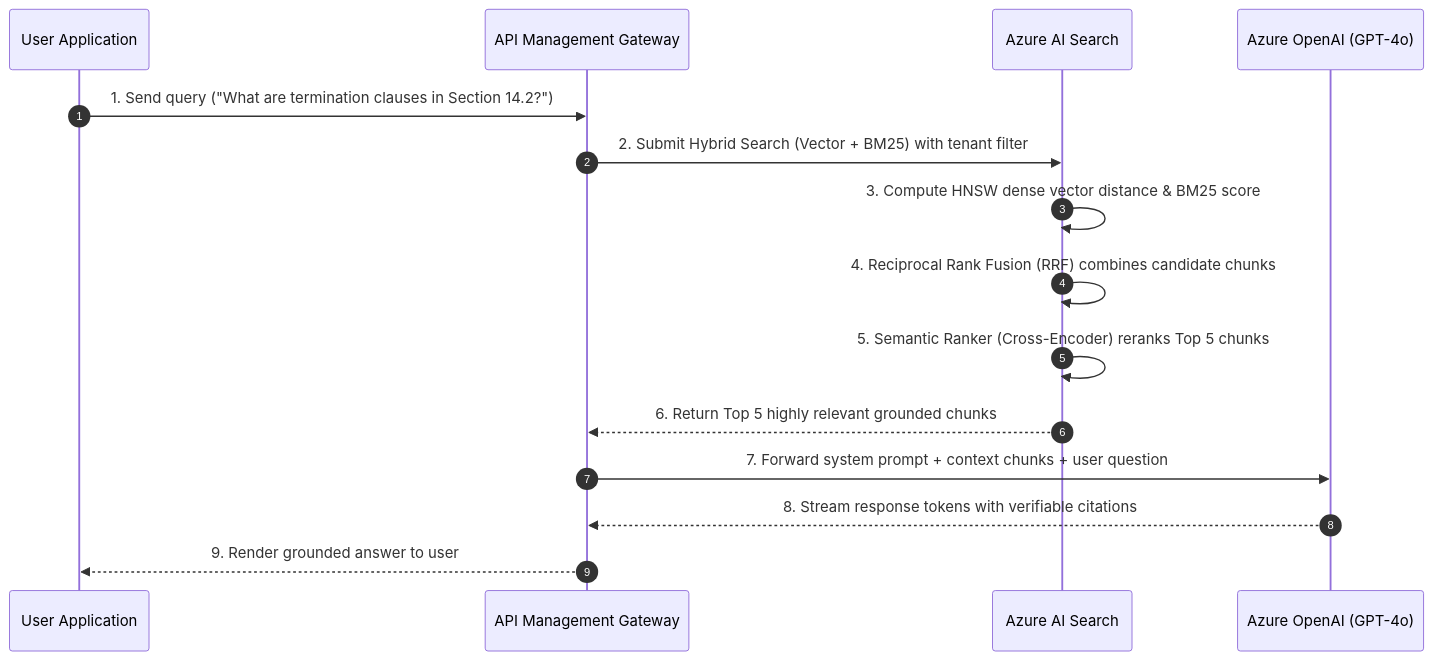
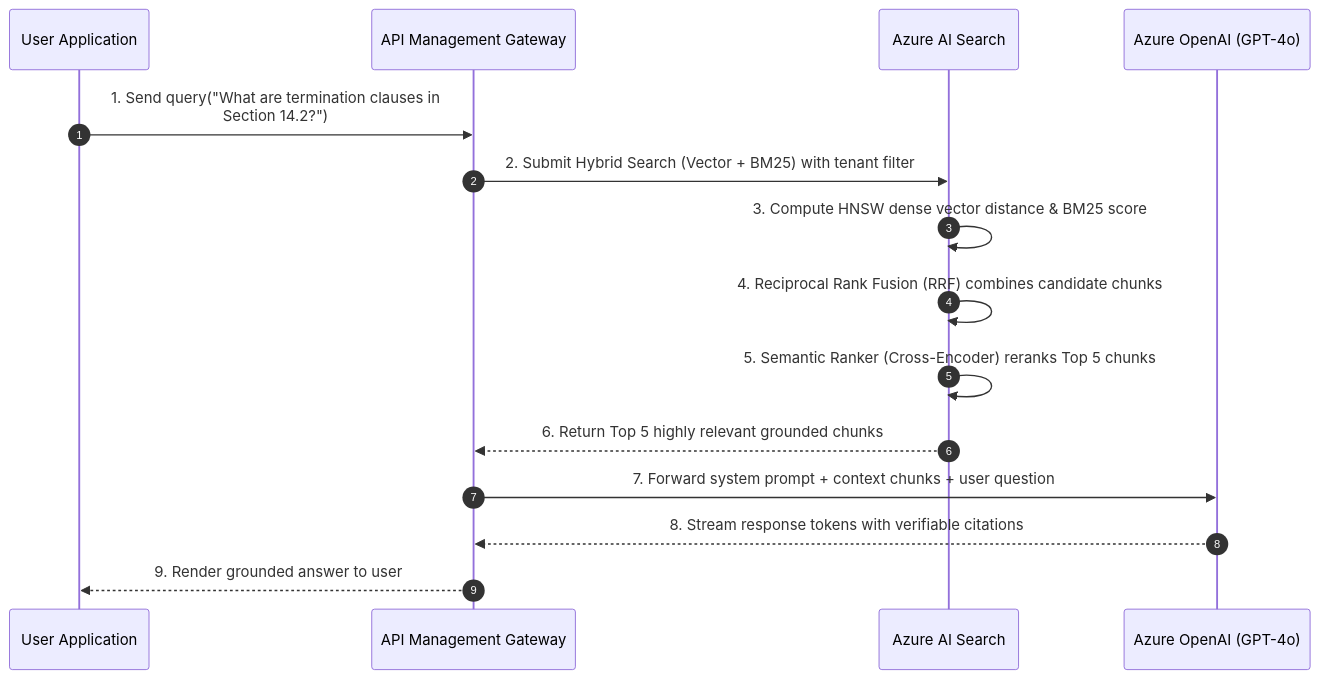
Before and after one commit to santoshjammi29/azure-cheat-sheet: the second of 3 diagrams in architectures/genai-rag-openai-search.md, drawn with Mermaid. The commit also changed other lines of this file and 15 other files, not shown here.

Commit message:
fix(diagrams): word-wrap labels and escape comparison operators across all diagrams

````diff
--- a/architectures/genai-rag-openai-search.md
+++ b/architectures/genai-rag-openai-search.md
@@ -88,18 +88,18 @@
 ```mermaid
 sequenceDiagram
     autonumber
     participant Client as User Application
     participant APIM as API Management Gateway
     participant Search as Azure AI Search
     participant LLM as Azure OpenAI (GPT-4o)
 
-    Client->>APIM: 1. Send query ("What are termination clauses in Section 14.2?")
+    Client->>APIM: 1. Send query("What are termination clauses in<br/>Section 14.2?")
     APIM->>Search: 2. Submit Hybrid Search (Vector + BM25) with tenant filter
     Search->>Search: 3. Compute HNSW dense vector distance & BM25 score
     Search->>Search: 4. Reciprocal Rank Fusion (RRF) combines candidate chunks
     Search->>Search: 5. Semantic Ranker (Cross-Encoder) reranks Top 5 chunks
     Search-->>APIM: 6. Return Top 5 highly relevant grounded chunks
     APIM->>LLM: 7. Forward system prompt + context chunks + user question
     LLM-->>APIM: 8. Stream response tokens with verifiable citations
     APIM-->>Client: 9. Render grounded answer to user
 ```
````
